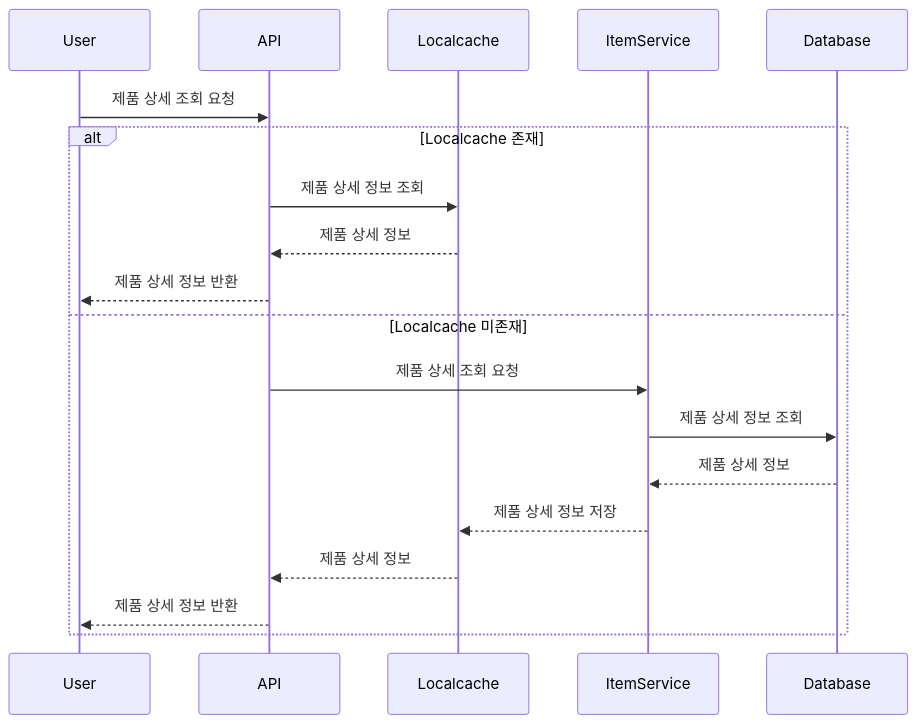
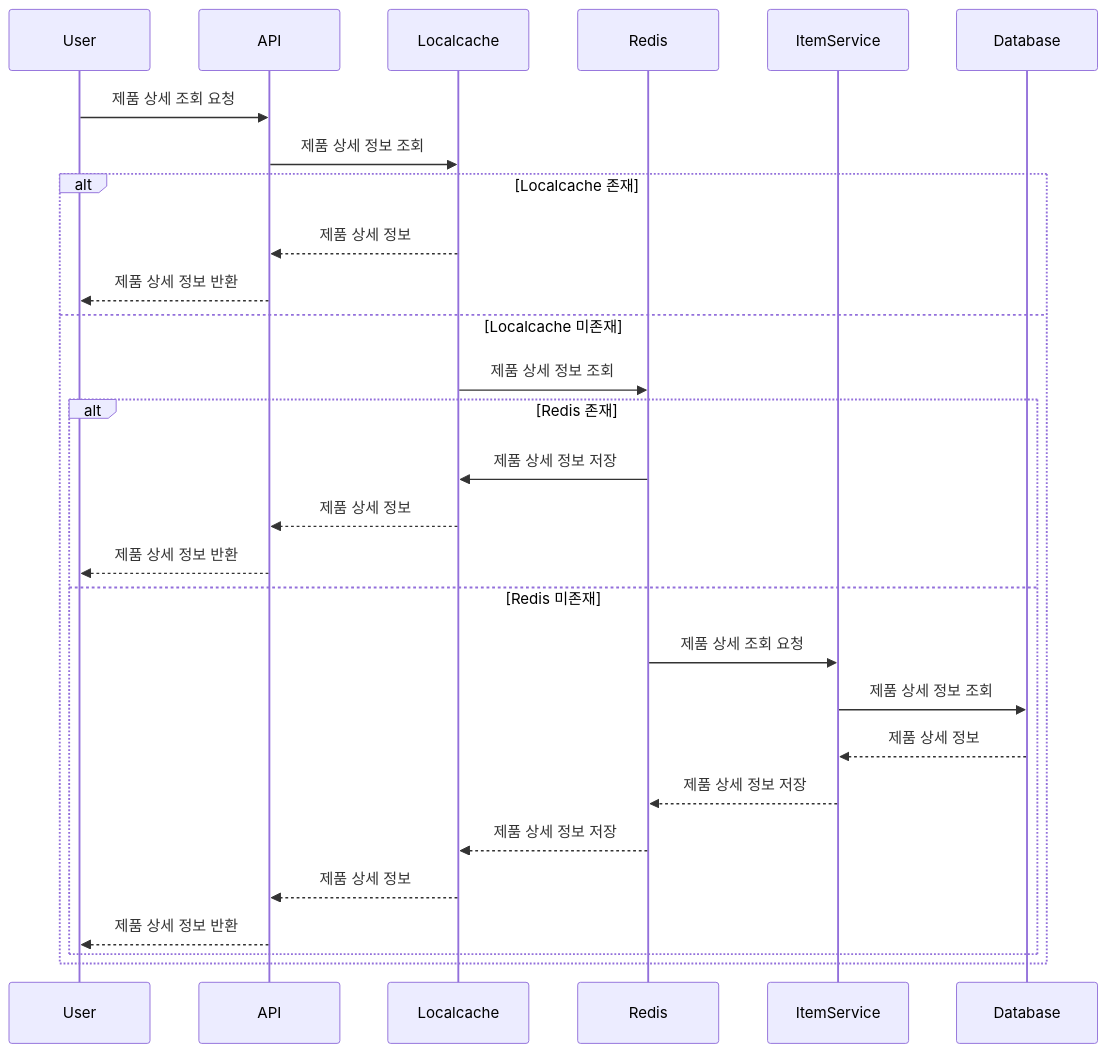
Before and after one commit to zzangoobrother/stock-order-project: the second of 5 diagrams in docs/EventSequence.md, drawn with Mermaid. The commit also changed other lines of this file, not shown here.

Commit message:
docs : 주문하기 시쿼스 다이어그램 작성

````diff
--- a/docs/EventSequence.md
+++ b/docs/EventSequence.md
@@ -38,22 +38,31 @@
 ```mermaid
 sequenceDiagram
     participant User
     participant API
     participant Localcache
+    participant Redis
     participant ItemService
     participant Database
     
     User->>API: 제품 상세 조회 요청
+    API->>Localcache: 제품 상세 정보 조회
     alt Localcache 존재
-        API->>Localcache: 제품 상세 정보 조회
         Localcache-->>API: 제품 상세 정보
-        API-->>User: 제품 상세 정보 반환
+        API-->>User: 제품 상세 정보 반환            
     else Localcache 미존재
-        API->>ItemService: 제품 상세 조회 요청
-        ItemService->>Database: 제품 상세 정보 조회
-        Database-->>ItemService: 제품 상세 정보
-        ItemService-->>Localcache: 제품 상세 정보 저장
-        Localcache-->>API: 제품 상세 정보
-        API-->>User: 제품 상세 정보 반환
+        Localcache->>Redis: 제품 상세 정보 조회
+        alt Redis 존재
+            Redis->>Localcache: 제품 상세 정보 저장
+            Localcache-->>API: 제품 상세 정보
+            API-->>User: 제품 상세 정보 반환
+        else Redis 미존재
+            Redis->>ItemService: 제품 상세 조회 요청
+            ItemService->>Database: 제품 상세 정보 조회
+            Database-->>ItemService: 제품 상세 정보
+            ItemService-->>Redis: 제품 상세 정보 저장
+            Redis-->>Localcache: 제품 상세 정보 저장
+            Localcache-->>API: 제품 상세 정보
+            API-->>User: 제품 상세 정보 반환
+        end
     end
 ```
````
